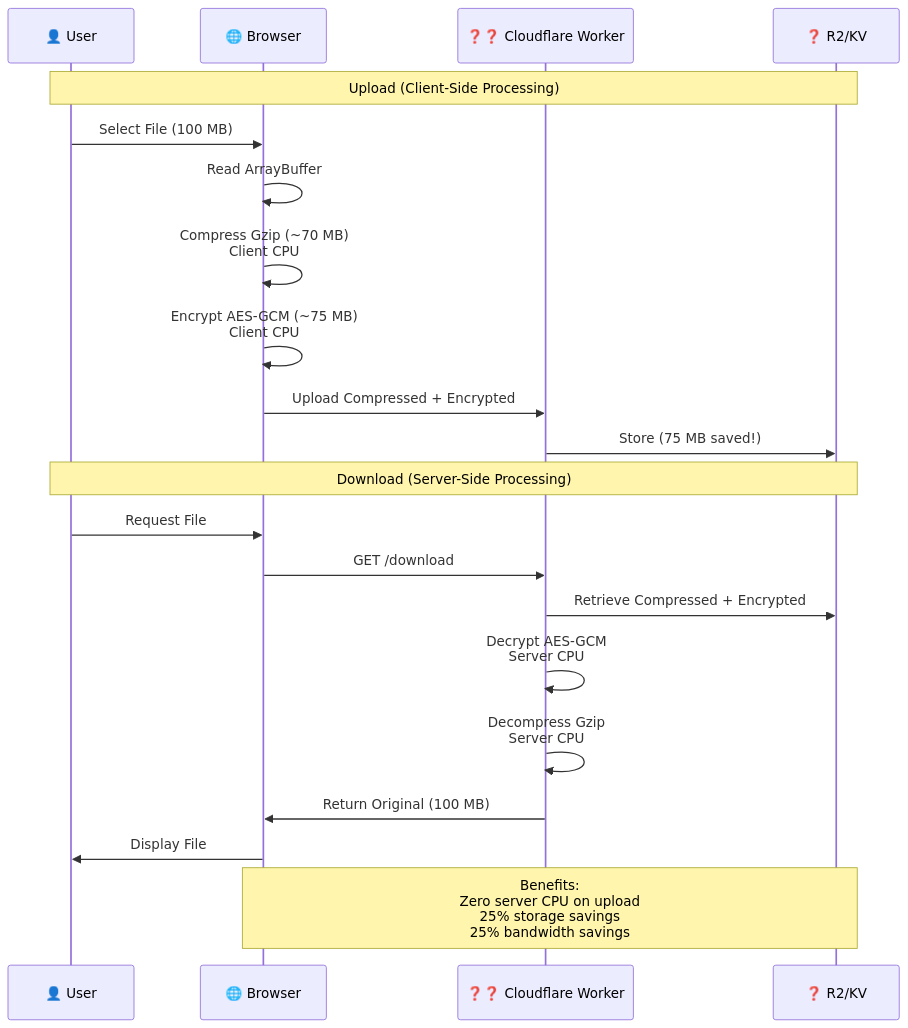
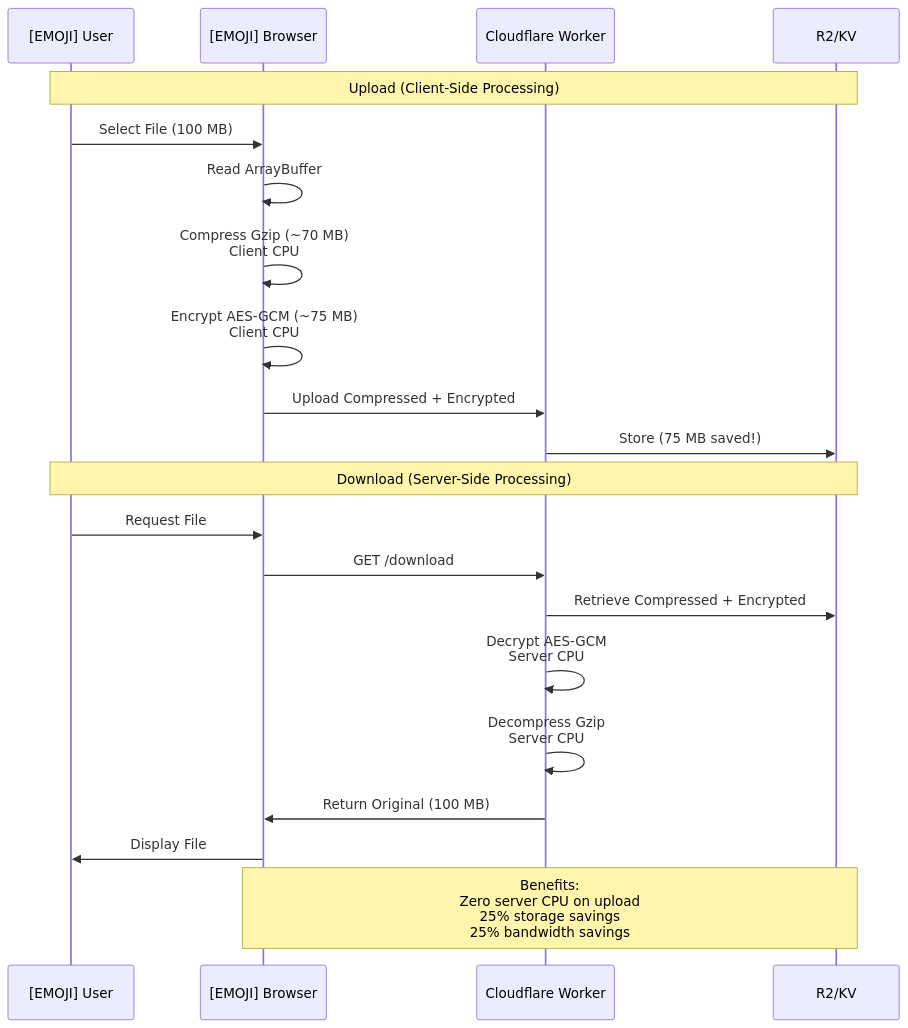
One commit to Underwood-Inc/strixun-stream-suite changed the fifth of 18 diagrams in docs/architecture/system-overview.md. Above: the diagram before and after it, drawn with Mermaid. The commit also changed 424 other files, not shown here.

````diff
--- a/docs/architecture/system-overview.md
+++ b/docs/architecture/system-overview.md
@@ -211,26 +211,26 @@
 ```mermaid
 sequenceDiagram
-    participant User as 👤 User
-    participant Browser as 🌐 Browser
-    participant Worker as ❓❓ Cloudflare Worker
-    participant Storage as ❓ R2/KV
+    participant User as [EMOJI] User
+    participant Browser as [EMOJI] Browser
+    participant Worker as  Cloudflare Worker
+    participant Storage as  R2/KV
     
     Note over User,Storage: Upload (Client-Side Processing)
     User->>Browser: Select File (100 MB)
     Browser->>Browser: Read ArrayBuffer
     Browser->>Browser: Compress Gzip (~70 MB)<br/>Client CPU
     Browser->>Browser: Encrypt AES-GCM (~75 MB)<br/>Client CPU
     Browser->>Worker: Upload Compressed + Encrypted
     Worker->>Storage: Store (75 MB saved!)
     
     Note over User,Storage: Download (Server-Side Processing)
     User->>Browser: Request File
     Browser->>Worker: GET /download
     Worker->>Storage: Retrieve Compressed + Encrypted
     Worker->>Worker: Decrypt AES-GCM<br/>Server CPU
     Worker->>Worker: Decompress Gzip<br/>Server CPU
     Worker->>Browser: Return Original (100 MB)
     Browser->>User: Display File
     
     Note over Browser,Storage: Benefits:<br/>Zero server CPU on upload<br/>25% storage savings<br/>25% bandwidth savings
 ```
````
